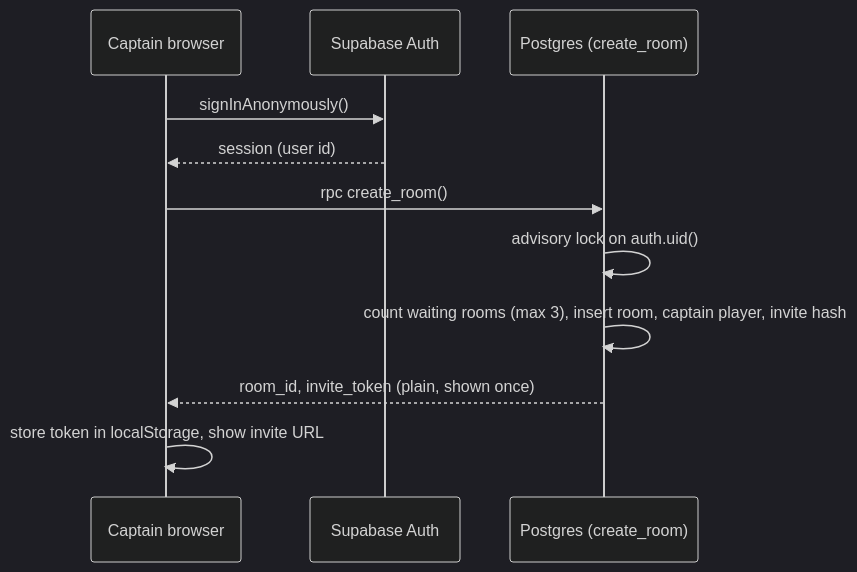
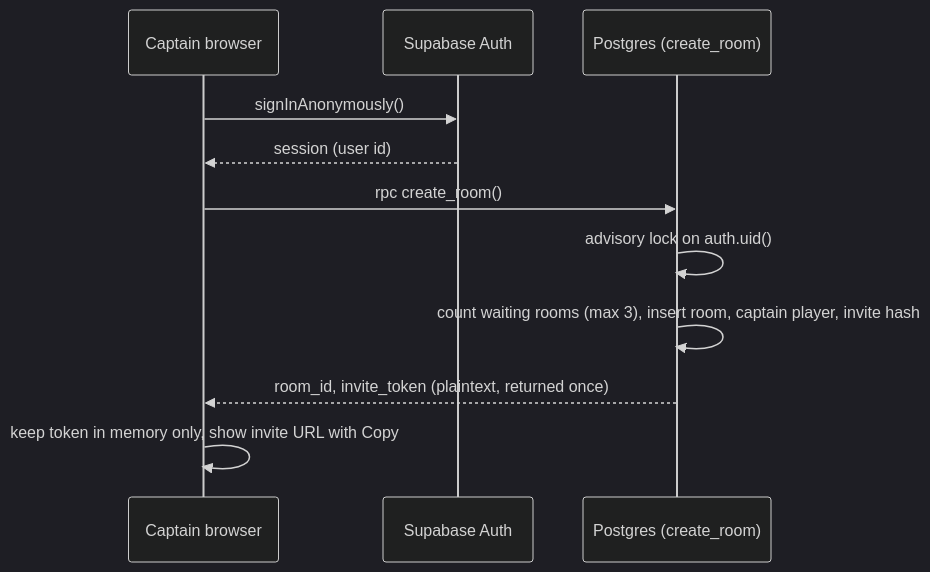
The second of 9 diagrams in .kiro/specs/two-strangers-one-spaceship/design.md (saraooipos/two-strangers-one-spaceship), drawn with Mermaid (dark theme) before and after one commit. The commit also changed other lines of this file and 20 other files, not shown here.

````diff
--- a/.kiro/specs/two-strangers-one-spaceship/design.md
+++ b/.kiro/specs/two-strangers-one-spaceship/design.md
@@ -123,13 +125,13 @@
 ```mermaid
 sequenceDiagram
   participant C as Captain browser
   participant A as Supabase Auth
   participant DB as Postgres (create_room)
   C->>A: signInAnonymously()
   A-->>C: session (user id)
   C->>DB: rpc create_room()
   DB->>DB: advisory lock on auth.uid()
   DB->>DB: count waiting rooms (max 3), insert room, captain player, invite hash
-  DB-->>C: room_id, invite_token (plain, shown once)
-  C->>C: store token in localStorage, show invite URL
+  DB-->>C: room_id, invite_token (plaintext, returned once)
+  C->>C: keep token in memory only, show invite URL with Copy
 ```
````
